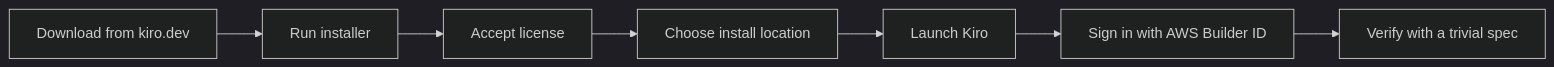
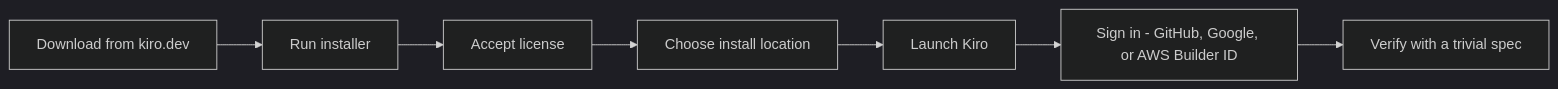
The diagram in 00-prerequisites/kiro-install.md (PrajwalAIProject/rpa-ai-workshop), drawn with Mermaid (dark theme) before and after one commit. The commit also changed other lines of this file and 3 other files, not shown here.

````diff
--- a/00-prerequisites/kiro-install.md
+++ b/00-prerequisites/kiro-install.md
@@ -40,9 +43,9 @@
 ```mermaid
 flowchart LR
     A[Download from kiro.dev] --> B[Run installer]
     B --> C[Accept license]
     C --> D[Choose install location]
     D --> E[Launch Kiro]
-    E --> F[Sign in with AWS Builder ID]
+    E --> F[Sign in - GitHub, Google, or AWS Builder ID]
     F --> G[Verify with a trivial spec]
 ```
````
